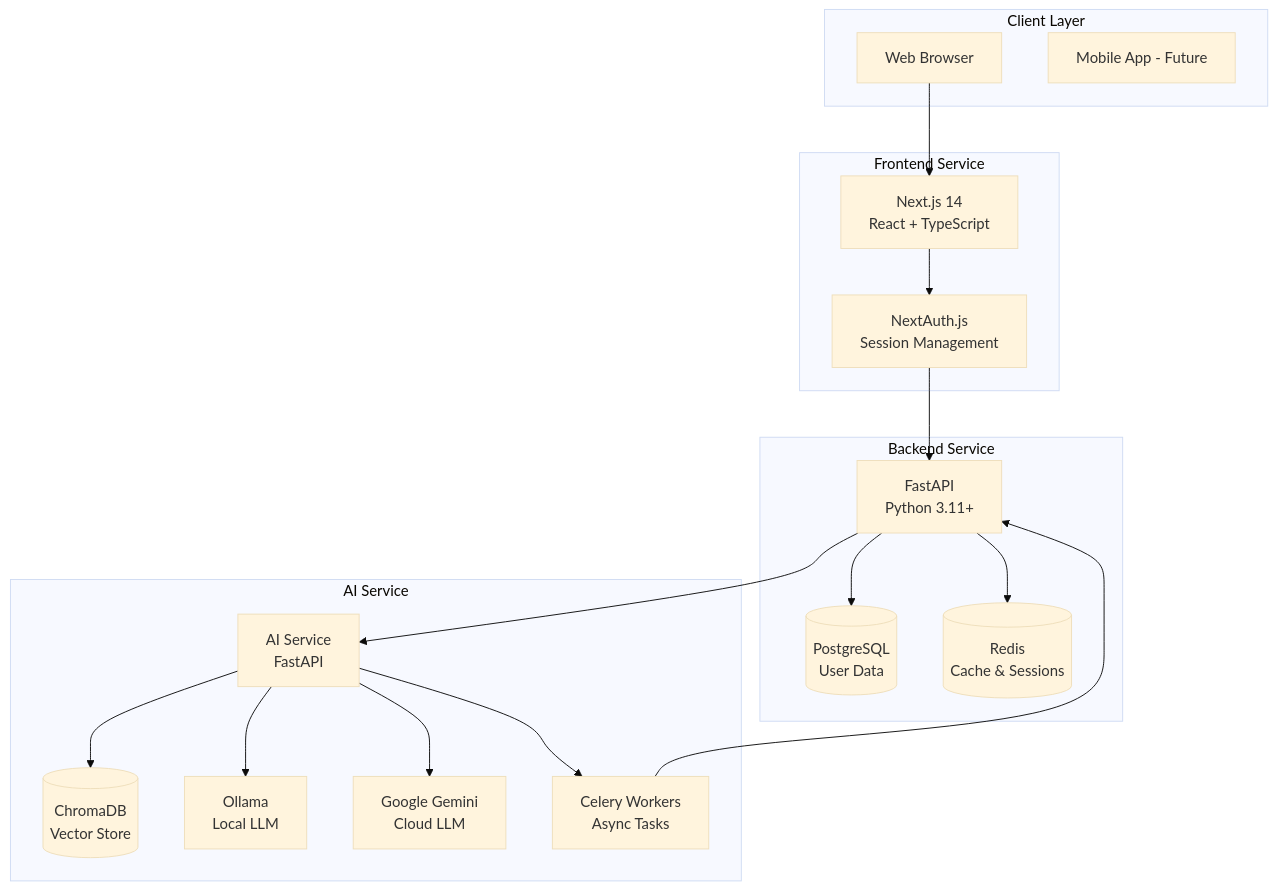
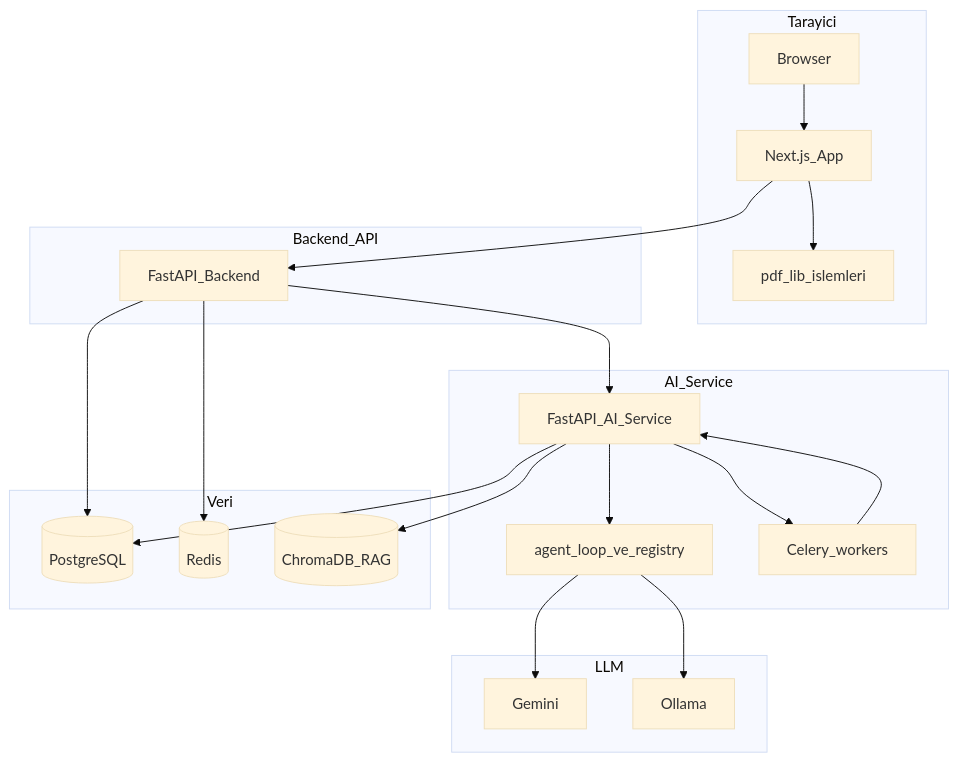
Before and after one commit to BM-NeuroPDF/NeuroPDF: the first of 2 diagrams in docs/architecture/ARCHITECTURE.md, drawn with Mermaid (base theme). The commit also changed other lines of this file and 86 other files, not shown here.

````diff
--- a/docs/architecture/ARCHITECTURE.md
+++ b/docs/architecture/ARCHITECTURE.md
@@ -36,38 +21,43 @@
 ```mermaid
 graph TB
-    subgraph "Client Layer"
-        Browser[Web Browser]
-        Mobile[Mobile App - Future]
-    end
-    
-    subgraph "Frontend Service"
-        NextJS[Next.js 14<br/>React + TypeScript]
-        NextAuth[NextAuth.js<br/>Session Management]
-    end
-    
-    subgraph "Backend Service"
-        FastAPI[FastAPI<br/>Python 3.11+]
-        PostgreSQL[(PostgreSQL<br/>User Data)]
-        Redis[(Redis<br/>Cache & Sessions)]
-    end
-    
-    subgraph "AI Service"
-        AIService[AI Service<br/>FastAPI]
-        ChromaDB[(ChromaDB<br/>Vector Store)]
-        Ollama[Ollama<br/>Local LLM]
-        Gemini[Google Gemini<br/>Cloud LLM]
-        Celery[Celery Workers<br/>Async Tasks]
-    end
-    
-    Browser --> NextJS
-    NextJS --> NextAuth
-    NextAuth --> FastAPI
-    FastAPI --> PostgreSQL
-    FastAPI --> Redis
-    FastAPI --> AIService
-    AIService --> ChromaDB
-    AIService --> Ollama
-    AIService --> Gemini
-    AIService --> Celery
-    Celery --> FastAPI
+  subgraph client_layer [Tarayici]
+    Browser[Browser]
+    NextApp[Next.js_App]
+    PdfLib[pdf_lib_islemleri]
+  end
+
+  subgraph api_layer [Backend_API]
+    FastAPI_Backend[FastAPI_Backend]
+  end
+
+  subgraph ai_layer [AI_Service]
+    FastAPI_AI[FastAPI_AI_Service]
+    AgentLoop[agent_loop_ve_registry]
+    CeleryWorkers[Celery_workers]
+  end
+
+  subgraph data_layer [Veri]
+    Postgres[(PostgreSQL)]
+    Redis[(Redis)]
+    Chroma[(ChromaDB_RAG)]
+  end
+
+  subgraph llm_layer [LLM]
+    Gemini[Gemini]
+    Ollama[Ollama]
+  end
+
+  Browser --> NextApp
+  NextApp --> FastAPI_Backend
+  NextApp --> PdfLib
+  FastAPI_Backend --> Postgres
+  FastAPI_Backend --> Redis
+  FastAPI_Backend --> FastAPI_AI
+  FastAPI_AI --> AgentLoop
+  FastAPI_AI --> Postgres
+  FastAPI_AI --> Chroma
+  FastAPI_AI --> CeleryWorkers
+  AgentLoop --> Gemini
+  AgentLoop --> Ollama
+  CeleryWorkers --> FastAPI_AI
 ```
````
